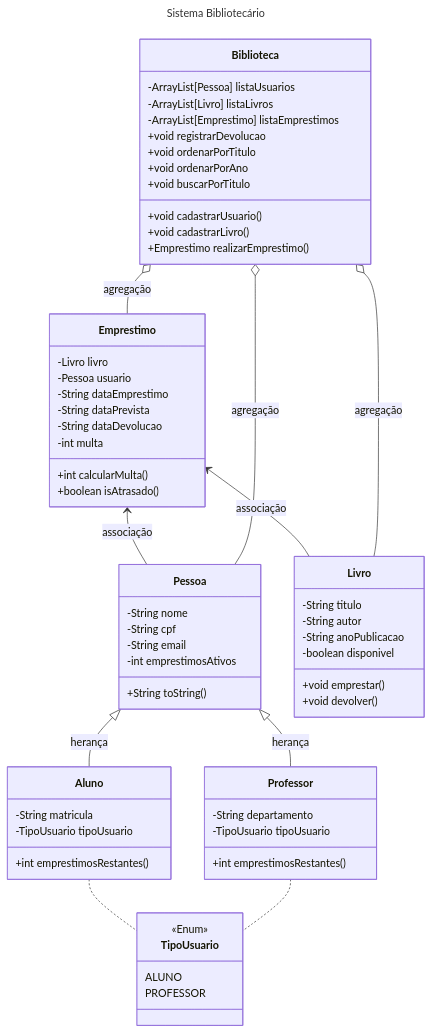
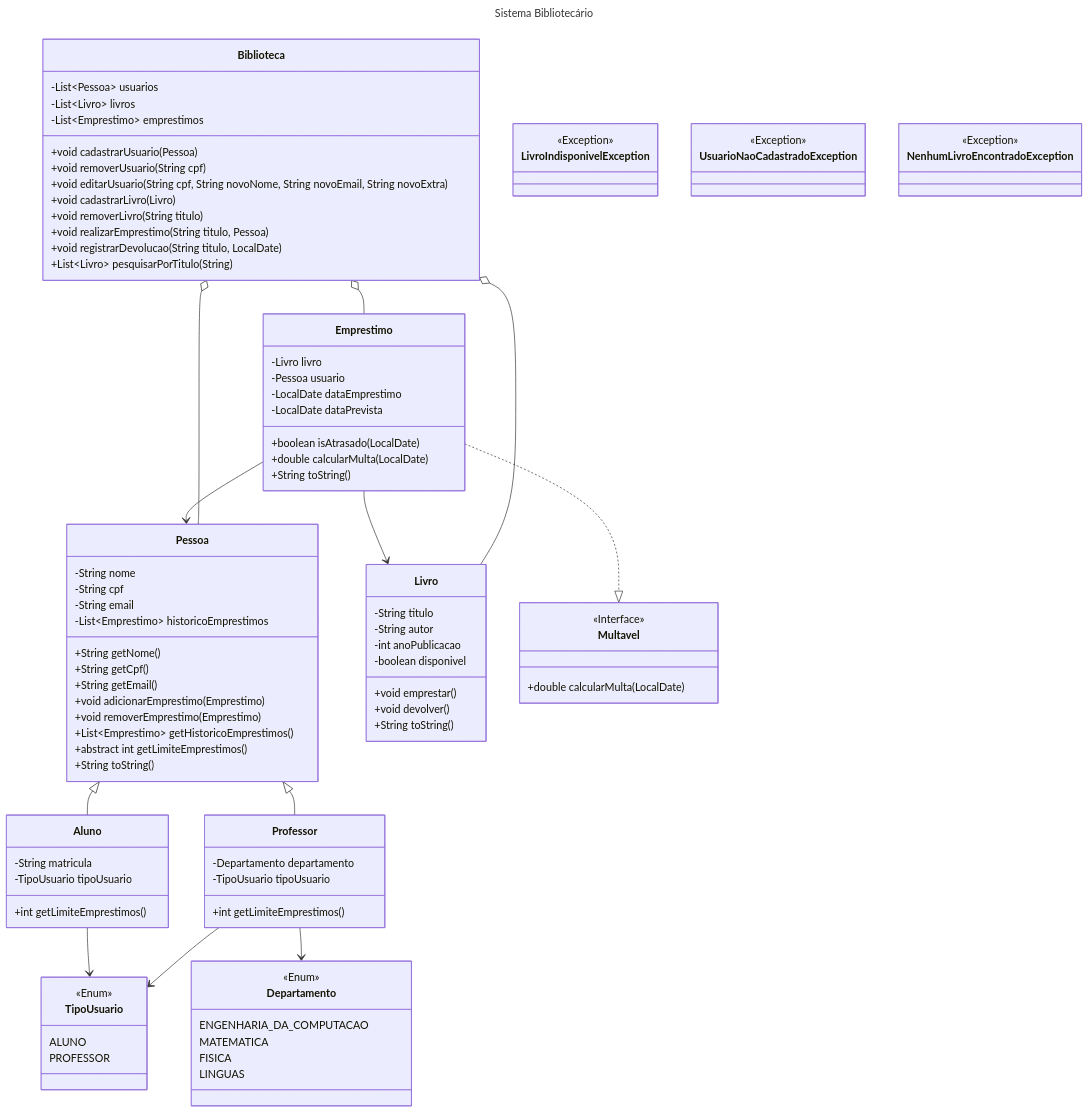
Before and after one commit to raissabbsa/Projeto-Final: the diagram in README.md, drawn with Mermaid.

Commit message:
feat: add class diagram

````diff
--- a/README.md
+++ b/README.md
@@ -113,8 +113,15 @@
         -String nome
         -String cpf
         -String email
-        -int emprestimosAtivos
+        -List~Emprestimo~ historicoEmprestimos
 
+        +String getNome()
+        +String getCpf()
+        +String getEmail()
+        +void adicionarEmprestimo(Emprestimo)
+        +void removerEmprestimo(Emprestimo)
+        +List~Emprestimo~ getHistoricoEmprestimos()
+        +abstract int getLimiteEmprestimos()
         +String toString()
     }
 
@@ -122,50 +129,51 @@
         -String matricula
         -TipoUsuario tipoUsuario
 
-        +int emprestimosRestantes()
+        +int getLimiteEmprestimos()
     }
 
     class Professor {
-        -String departamento
+        -Departamento departamento
         -TipoUsuario tipoUsuario
 
-        +int emprestimosRestantes()
+        +int getLimiteEmprestimos()
     }
 
     class Livro {
         -String titulo
         -String autor
-        -String anoPublicacao
+        -int anoPublicacao
         -boolean disponivel
 
         +void emprestar()
         +void devolver()
+        +String toString()
     }
 
     class Emprestimo {
         -Livro livro
         -Pessoa usuario
-        -String dataEmprestimo
-        -String dataPrevista
-        -String dataDevolucao
-        -int multa
+        -LocalDate dataEmprestimo
+        -LocalDate dataPrevista
 
-        +int calcularMulta()
-        +boolean isAtrasado()
+        +boolean isAtrasado(LocalDate)
+        +double calcularMulta(LocalDate)
+        +String toString()
     }
 
     class Biblioteca {
-        -ArrayList[Pessoa] listaUsuarios
-        -ArrayList[Livro] listaLivros
-        -ArrayList[Emprestimo] listaEmprestimos
+        -List~Pessoa~ usuarios
+        -List~Livro~ livros
+        -List~Emprestimo~ emprestimos
 
-        +void cadastrarUsuario()
-        +void cadastrarLivro()
-        +Emprestimo realizarEmprestimo()
-        +void registrarDevolucao
-        +void ordenarPorTitulo
-        +void ordenarPorAno
-        +void buscarPorTitulo
+        +void cadastrarUsuario(Pessoa)
+        +void removerUsuario(String cpf)
+        +void editarUsuario(String cpf, String novoNome, String novoEmail, String novoExtra)
+        +void cadastrarLivro(Livro)
+        +void removerLivro(String titulo)
+        +void realizarEmprestimo(String titulo, Pessoa)
+        +void registrarDevolucao(String titulo, LocalDate)
+        +List~Livro~ pesquisarPorTitulo(String)
     }
 
     class TipoUsuario {
@@ -174,13 +182,40 @@
         PROFESSOR
     }
 
-    Pessoa <|-- Aluno : herança
-    Pessoa <|-- Professor : herança
-    Emprestimo <-- Livro : associação
-    Emprestimo <-- Pessoa: associação
-    Biblioteca o-- Pessoa: agregação
-    Biblioteca o-- Livro: agregação
-    Biblioteca o-- Emprestimo: agregação
-    Aluno .. TipoUsuario
-    Professor .. TipoUsuario
+    class Departamento {
+        <<Enum>>
+        ENGENHARIA_DA_COMPUTACAO
+        MATEMATICA
+        FISICA
+        LINGUAS
+    }
+
+    class Multavel {
+        <<Interface>>
+        +double calcularMulta(LocalDate)
+    }
+
+    class LivroIndisponivelException {
+        <<Exception>>
+    }
+
+    class UsuarioNaoCadastradoException {
+        <<Exception>>
+    }
+
+    class NenhumLivroEncontradoException {
+        <<Exception>>
+    }
+
+    Pessoa <|-- Aluno
+    Pessoa <|-- Professor
+    Emprestimo --> Livro
+    Emprestimo --> Pessoa
+    Emprestimo ..|> Multavel
+    Biblioteca o-- Pessoa
+    Biblioteca o-- Livro
+    Biblioteca o-- Emprestimo
+    Professor --> Departamento
+    Aluno --> TipoUsuario
+    Professor --> TipoUsuario
 ```
````
